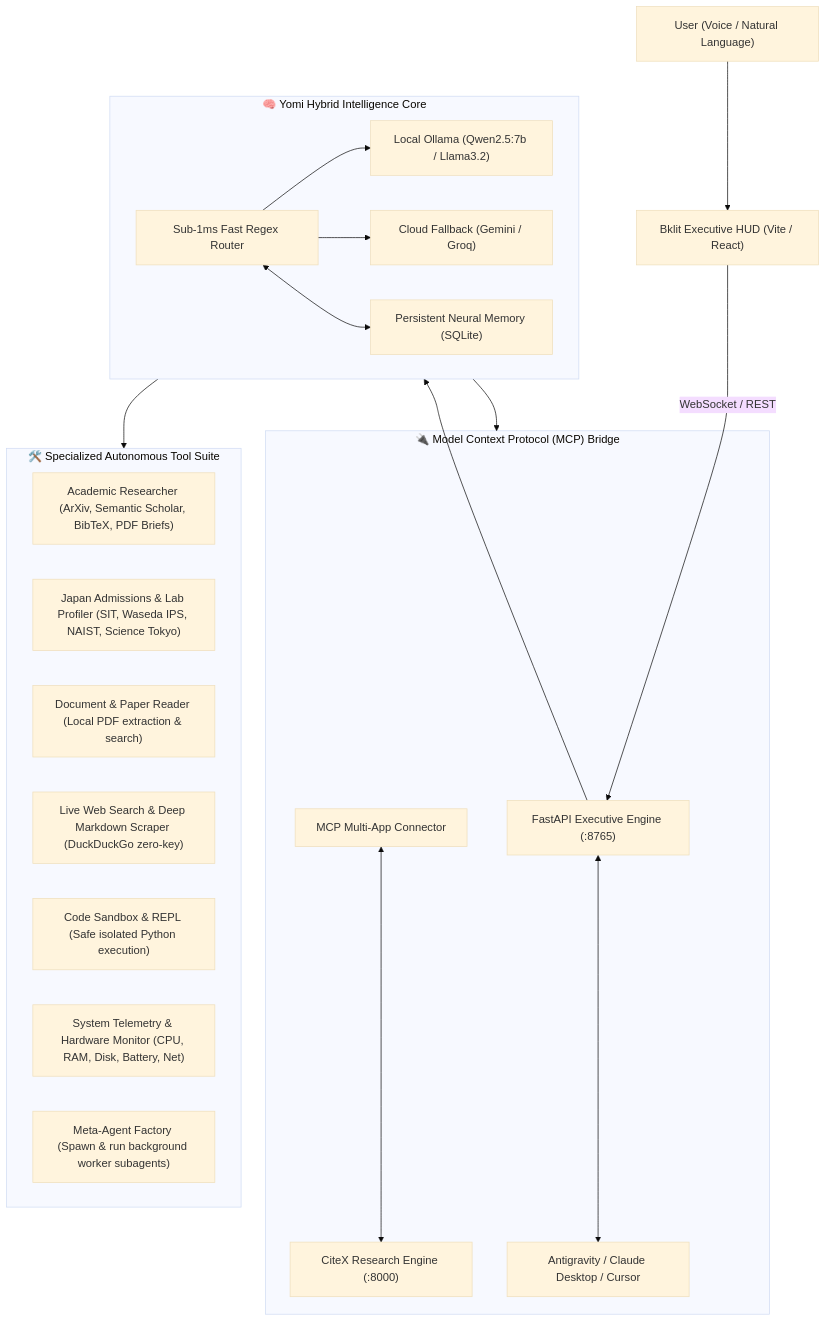
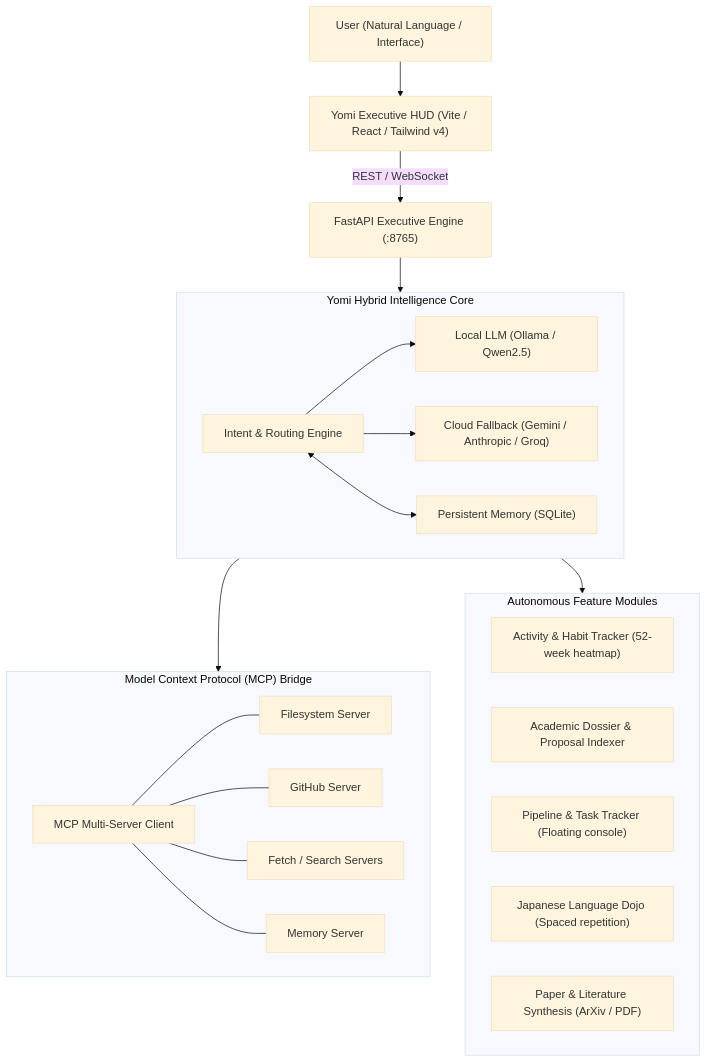
The diagram in README.md (Tamore/YomiOS), drawn with Mermaid (base theme) before and after one commit. The commit also changed other lines of this file, not shown here.

Commit message:
docs: sanitize README to remove all personal data and document system architecture cleanly

````diff
--- a/README.md
+++ b/README.md
@@ -18,36 +9,38 @@
 ```mermaid
 graph TD
-    User["User (Voice / Natural Language)"] --> HUD["Bklit Executive HUD (Vite / React)"]
-    HUD -->|WebSocket / REST| FastAPI["FastAPI Executive Engine (:8765)"]
+    User["User (Natural Language / Interface)"] --> HUD["Yomi Executive HUD (Vite / React / Tailwind v4)"]
+    HUD -->|REST / WebSocket| API["FastAPI Executive Engine (:8765)"]
     
-    subgraph Brain ["🧠 Yomi Hybrid Intelligence Core"]
-        FastRouter["Sub-1ms Fast Regex Router"]
-        OllamaLocal["Local Ollama (Qwen2.5:7b / Llama3.2)"]
-        CloudLLM["Cloud Fallback (Gemini / Groq)"]
-        Memory["Persistent Neural Memory (SQLite)"]
-        FastRouter --> OllamaLocal
+    subgraph Brain ["Yomi Hybrid Intelligence Core"]
+        FastRouter["Intent & Routing Engine"]
+        LocalLLM["Local LLM (Ollama / Qwen2.5)"]
+        CloudLLM["Cloud Fallback (Gemini / Anthropic / Groq)"]
+        Memory["Persistent Memory (SQLite)"]
+        FastRouter --> LocalLLM
         FastRouter --> CloudLLM
         FastRouter <--> Memory
     end
-    FastAPI --> Brain
+    API --> Brain
 
-    subgraph MCPBridge ["🔌 Model Context Protocol (MCP) Bridge"]
-        MCPConnector["MCP Multi-App Connector"]
-        CiteX["CiteX Research Engine (:8000)"]
-        ExternalIDE["Antigravity / Claude Desktop / Cursor"]
-        MCPConnector <--> CiteX
-        FastAPI <--> ExternalIDE
+    subgraph MCPBridge ["Model Context Protocol (MCP) Bridge"]
+        MCPConnector["MCP Multi-Server Client"]
+        FS["Filesystem Server"]
+        GH["GitHub Server"]
+        Fetch["Fetch / Search Servers"]
+        MemoryServer["Memory Server"]
+        MCPConnector --- FS
+        MCPConnector --- GH
+        MCPConnector --- Fetch
+        MCPConnector --- MemoryServer
     end
     Brain --> MCPBridge
 
-    subgraph Tools ["🛠️ Specialized Autonomous Tool Suite"]
-        T1["Academic Researcher (ArXiv, Semantic Scholar, BibTeX, PDF Briefs)"]
-        T2["Japan Admissions & Lab Profiler (SIT, Waseda IPS, NAIST, Science Tokyo)"]
-        T3["Document & Paper Reader (Local PDF extraction & search)"]
-        T4["Live Web Search & Deep Markdown Scraper (DuckDuckGo zero-key)"]
-        T5["Code Sandbox & REPL (Safe isolated Python execution)"]
-        T6["System Telemetry & Hardware Monitor (CPU, RAM, Disk, Battery, Net)"]
-        T7["Meta-Agent Factory (Spawn & run background worker subagents)"]
+    subgraph Workflows ["Autonomous Feature Modules"]
+        M1["Activity & Habit Tracker (52-week heatmap)"]
+        M2["Academic Dossier & Proposal Indexer"]
+        M3["Pipeline & Task Tracker (Floating console)"]
+        M4["Japanese Language Dojo (Spaced repetition)"]
+        M5["Paper & Literature Synthesis (ArXiv / PDF)"]
     end
-    Brain --> Tools
+    Brain --> Workflows
 ```
````
